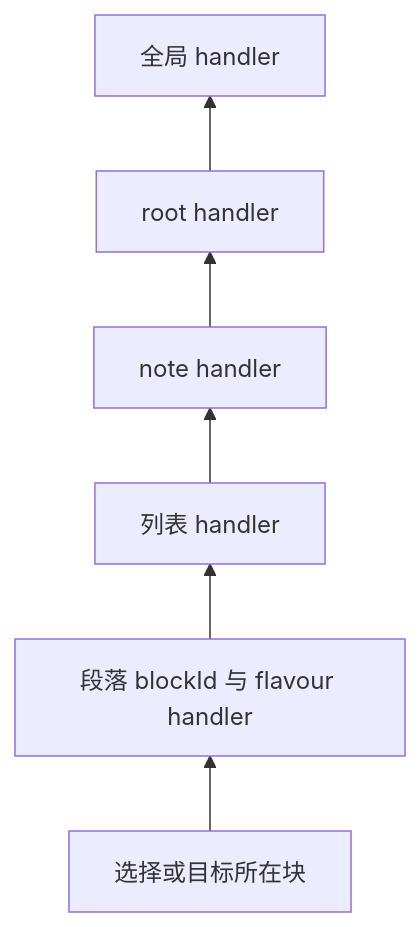
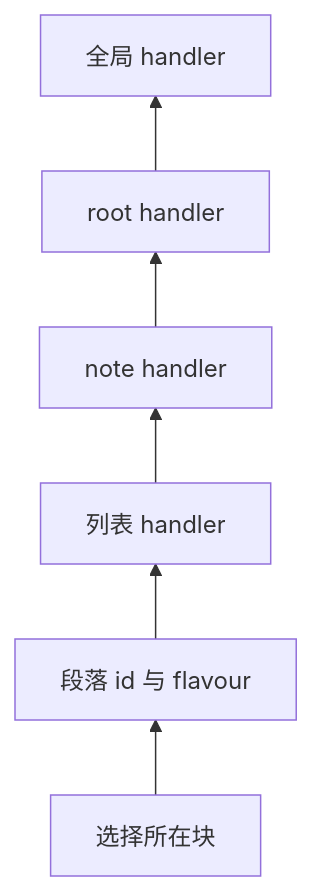
Before and after one commit to lfire/AFFiNE: the third of 6 diagrams in learning-guide/slides/decks/13.md, drawn with Mermaid. The commit also changed other lines of this file and 46 other files, not shown here.

````diff
--- a/learning-guide/slides/decks/13.md
+++ b/learning-guide/slides/decks/13.md
@@ -295,8 +328,8 @@
 ```mermaid
 flowchart BT
-  START[选择或目标所在块] --> P["段落 blockId 与 flavour handler"]
-  P --> L[列表 handler]
-  L --> N[note handler]
-  N --> R[root handler]
-  R --> G[全局 handler]
+  START["选择所在块"] --> P["段落 id 与 flavour"]
+  P --> L["列表 handler"]
+  L --> N["note handler"]
+  N --> R["root handler"]
+  R --> G["全局 handler"]
 ```
````
